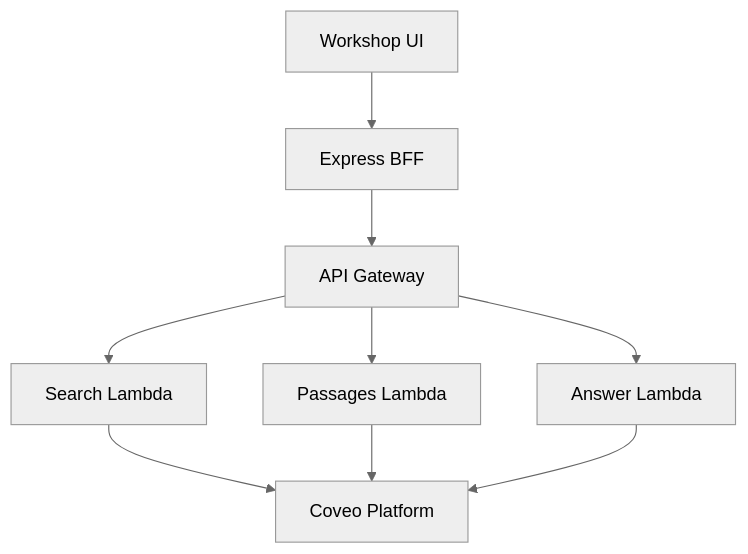
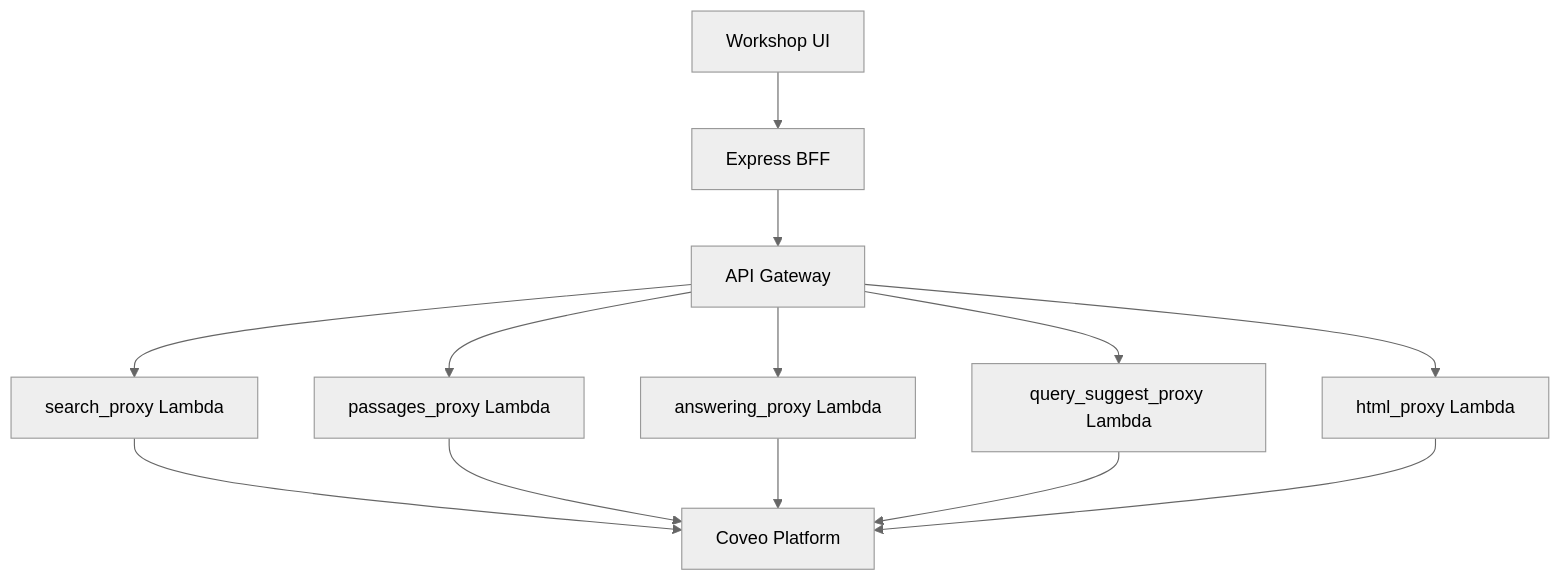
Before and after one commit to kpullagu/aws-coveo-workshop-stackset: the second of 5 diagrams in mkdocs-workshop/docs/resources/diagrams.md, drawn with Mermaid (neutral theme). The commit also changed 1 other file, not shown here.

Commit message:
docs: update code references and architecture diagrams to match current codebase
- resources/code.md: full annotated project tree with all tracked files; accurate
  Lab 1 endpoint table (search, passages, answering, query_suggest, html lambdas);
  Lab 2 flow referencing coveo-agent/memory/session.py and build_history_response;
  Lab 3 useCoveoSearchAgent hook and controller table with /api/config fields
- resources/diagrams.md: Lab 1 diagram now shows all 5 lambda nodes (search,
  passages, answer, query_suggest, html) with arrows to Coveo Platform

````diff
--- a/mkdocs-workshop/docs/resources/diagrams.md
+++ b/mkdocs-workshop/docs/resources/diagrams.md
@@ -43,11 +43,15 @@
 ```mermaid
 graph TB
     UI[Workshop UI] --> BFF[Express BFF]
     BFF --> API[API Gateway]
-    API --> Search[Search Lambda]
-    API --> Passages[Passages Lambda]
-    API --> Answer[Answer Lambda]
+    API --> Search[search_proxy Lambda]
+    API --> Passages[passages_proxy Lambda]
+    API --> Answer[answering_proxy Lambda]
+    API --> Suggest[query_suggest_proxy Lambda]
+    API --> Html[html_proxy Lambda]
     Search --> Coveo[Coveo Platform]
     Passages --> Coveo
     Answer --> Coveo
+    Suggest --> Coveo
+    Html --> Coveo
 ```
````
